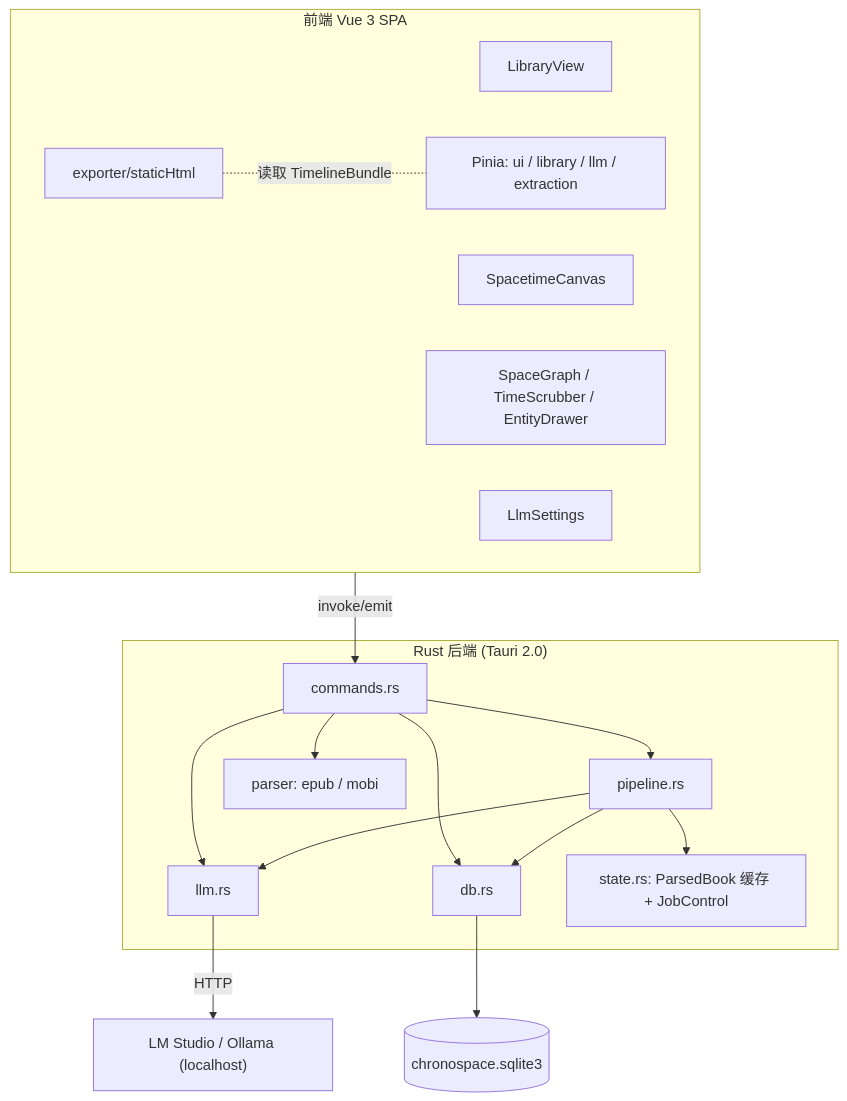
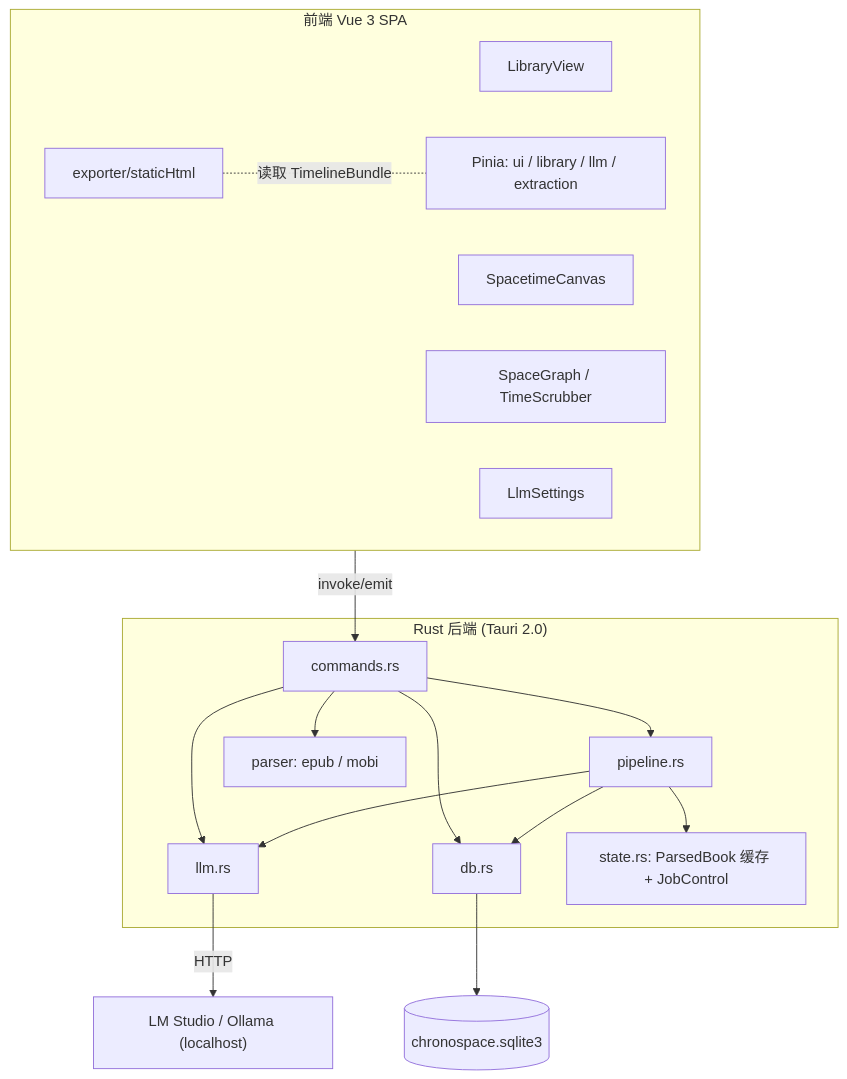
Before and after one commit to yetian/novel_vis: the first of 6 diagrams in design.md, drawn with Mermaid. The commit also changed other lines of this file and 19 other files, not shown here.

````diff
--- a/design.md
+++ b/design.md
@@ -26,33 +26,33 @@
 ```mermaid
 flowchart TB
   subgraph FE["前端 Vue 3 SPA"]
     LV[LibraryView]
     SC[SpacetimeCanvas]
-    SG[SpaceGraph / TimeScrubber / EntityDrawer]
+    SG[SpaceGraph / TimeScrubber]
     LS[LlmSettings]
     EX[exporter/staticHtml]
     ST["Pinia: ui / library / llm / extraction"]
   end
   subgraph BE["Rust 后端 (Tauri 2.0)"]
     CMD[commands.rs]
     PIPE[pipeline.rs]
     LLM[llm.rs]
     PAR[parser: epub / mobi]
     DB[db.rs]
     MEM[state.rs: ParsedBook 缓存 + JobControl]
   end
   ENGINE["LM Studio / Ollama (localhost)"]
   SQLITE[(chronospace.sqlite3)]
 
   FE -- invoke/emit --> CMD
   CMD --> PIPE
   CMD --> PAR
   CMD --> DB
   CMD --> LLM
   PIPE --> LLM
   PIPE --> DB
   PIPE --> MEM
   LLM -- HTTP --> ENGINE
   DB --> SQLITE
   EX -. 读取 TimelineBundle .- ST
 ```
````
